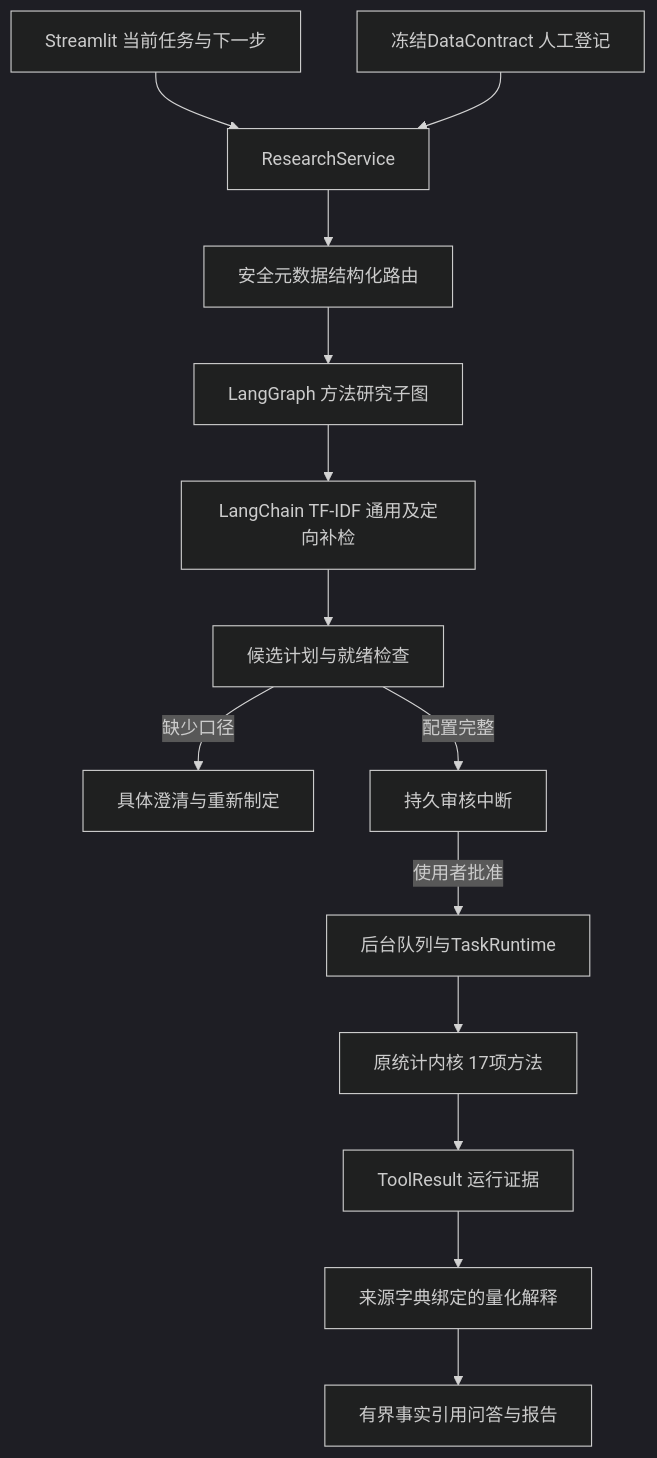
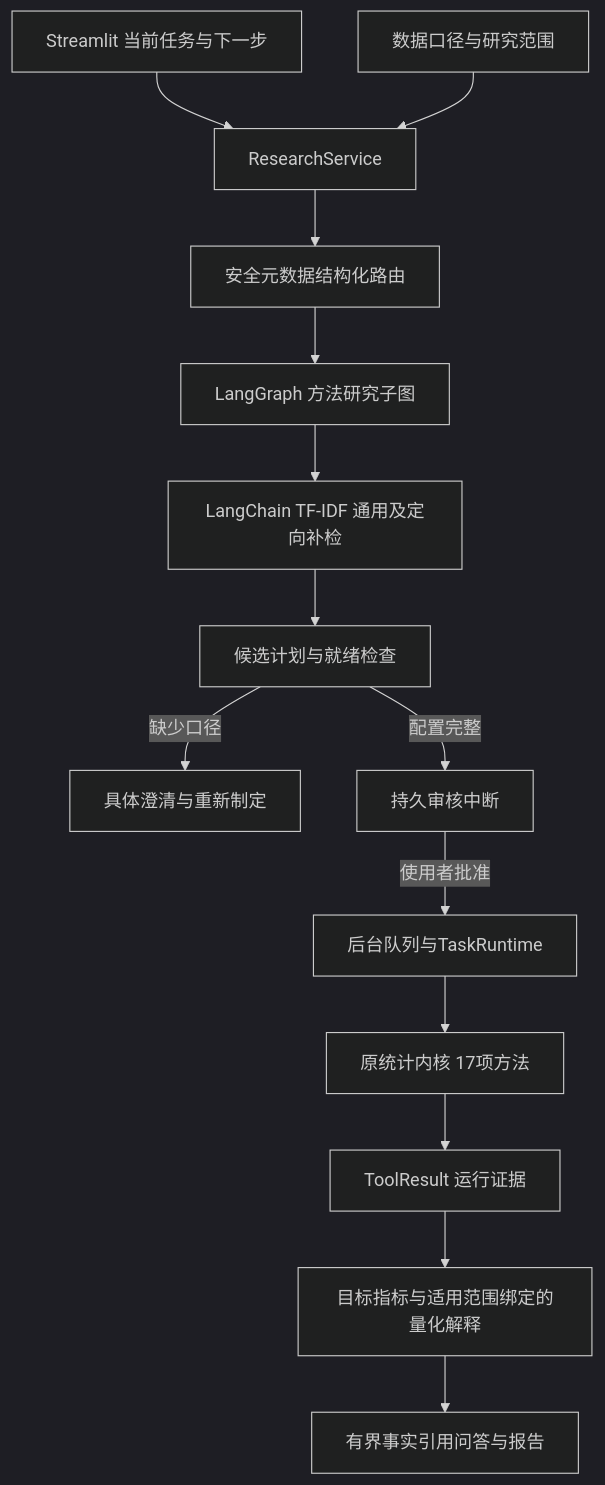
One commit to JiamWei624/CausalOps changed the diagram in docs/diagrams/current-architecture.mmd. Above: the diagram before and after it, drawn with Mermaid (dark theme). The commit also changed 9 other files, not shown here.

Commit message:
Align public preview diagrams and homepage with CausalOps 0.16.0

```diff
--- a/docs/diagrams/current-architecture.mmd
+++ b/docs/diagrams/current-architecture.mmd
@@ -1,14 +1,14 @@
 flowchart TD
   UI[Streamlit 当前任务与下一步] --> Service[ResearchService]
-  Contract[冻结DataContract 人工登记] --> Service
+  Contract[数据口径与研究范围] --> Service
   Service --> Router[安全元数据结构化路由]
   Router --> Methods[LangGraph 方法研究子图]
   Methods --> Retrieve[LangChain TF-IDF 通用及定向补检]
   Retrieve --> Plan[候选计划与就绪检查]
   Plan -->|缺少口径| Clarify[具体澄清与重新制定]
   Plan -->|配置完整| Review[持久审核中断]
   Review -->|使用者批准| Jobs[后台队列与TaskRuntime]
   Jobs --> Stats[原统计内核 17项方法]
   Stats --> Run[ToolResult 运行证据]
-  Run --> Conclusion[来源字典绑定的量化解释]
+  Run --> Conclusion[目标指标与适用范围绑定的量化解释]
   Conclusion --> QA[有界事实引用问答与报告]
```
